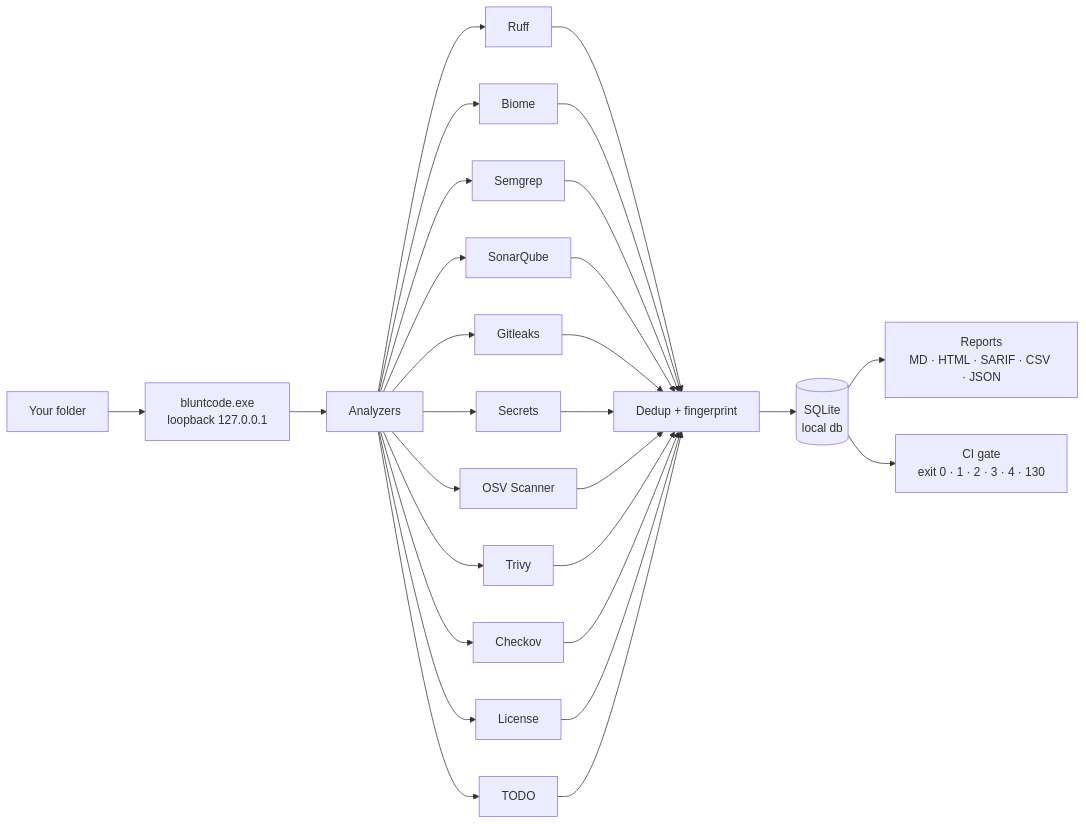
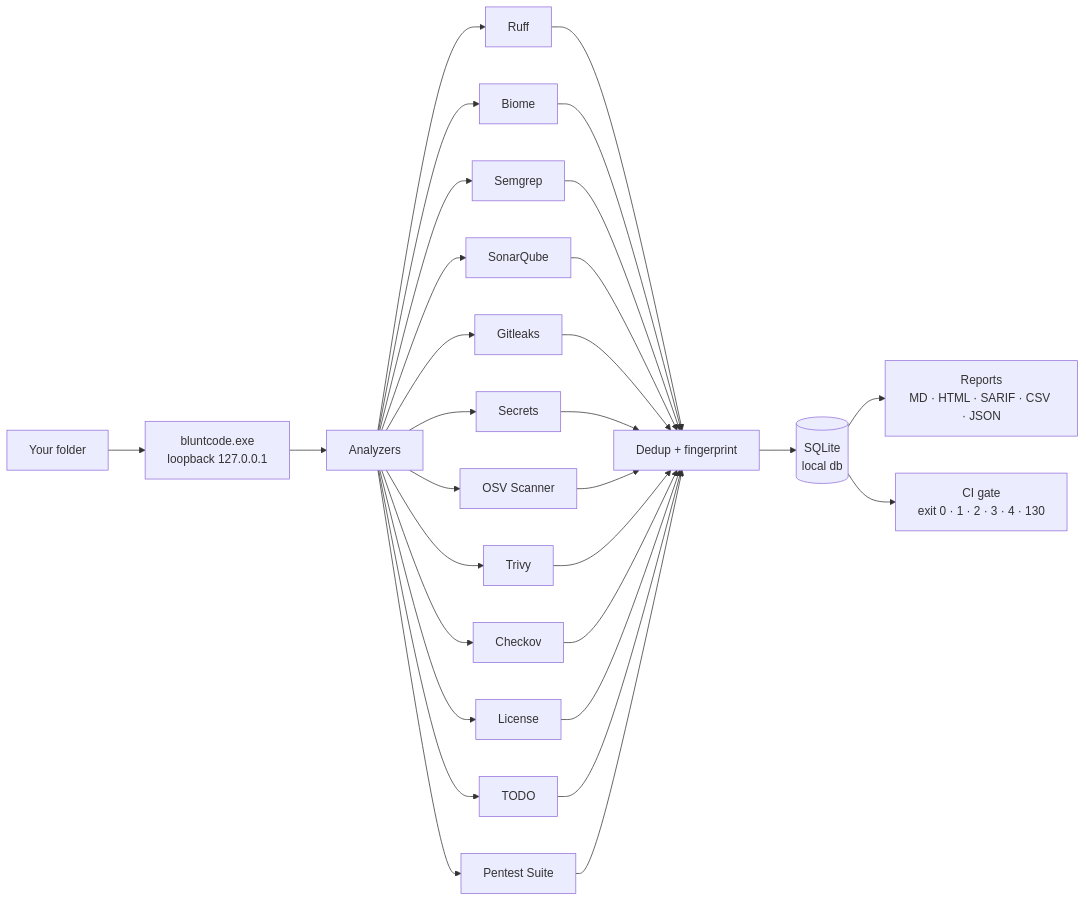
The diagram in README.md (sanketpatel32/Blunt-code), drawn with Mermaid before and after one commit. The commit also changed other lines of this file and 12 other files, not shown here.

````diff
--- a/README.md
+++ b/README.md
@@ -48,30 +48,32 @@
 ```mermaid
 flowchart LR
     A["Your folder"] --> B["bluntcode.exe<br>loopback 127.0.0.1"]
     B --> C["Analyzers"]
     C --> D1["Ruff"]
     C --> D2["Biome"]
     C --> D3["Semgrep"]
     C --> D4["SonarQube"]
     C --> D5["Gitleaks"]
     C --> D6["Secrets"]
     C --> D7["OSV Scanner"]
     C --> D8["Trivy"]
     C --> D9["Checkov"]
     C --> D10["License"]
     C --> D11["TODO"]
+    C --> D12["Pentest Suite"]
     D1 --> E["Dedup + fingerprint"]
     D2 --> E
     D3 --> E
     D4 --> E
     D5 --> E
     D6 --> E
     D7 --> E
     D8 --> E
     D9 --> E
     D10 --> E
     D11 --> E
+    D12 --> E
     E --> F[("SQLite<br>local db")]
     F --> G["Reports<br>MD · HTML · SARIF · CSV · JSON"]
     F --> H["CI gate<br>exit 0 · 1 · 2 · 3 · 4 · 130"]
 ```
````
